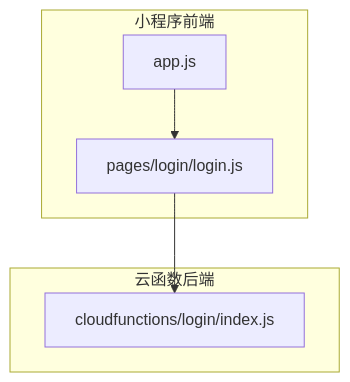
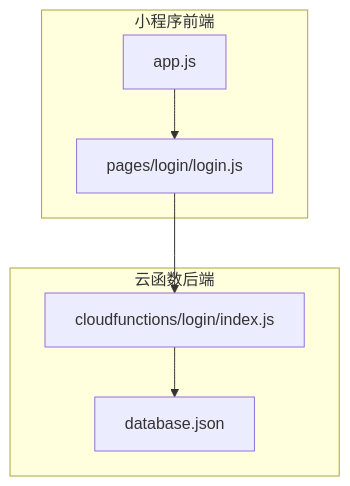
The first of 5 diagrams in .qoder/repowiki/zh/content/架构设计/后端架构设计/安全认证机制.md (cwb7756/bio), drawn with Mermaid before and after one commit. The commit also changed other lines of this file and 45 other files, not shown here.

````diff
--- a/.qoder/repowiki/zh/content/架构设计/后端架构设计/安全认证机制.md
+++ b/.qoder/repowiki/zh/content/架构设计/后端架构设计/安全认证机制.md
@@ -40,12 +51,14 @@
 ```mermaid
 graph TB
 subgraph "小程序前端"
 A["pages/login/login.js"]
 B["app.js"]
 end
 subgraph "云函数后端"
 C["cloudfunctions/login/index.js"]
+D["database.json"]
 end
 A --> C
 B --> A
+C --> D
 ```
````
